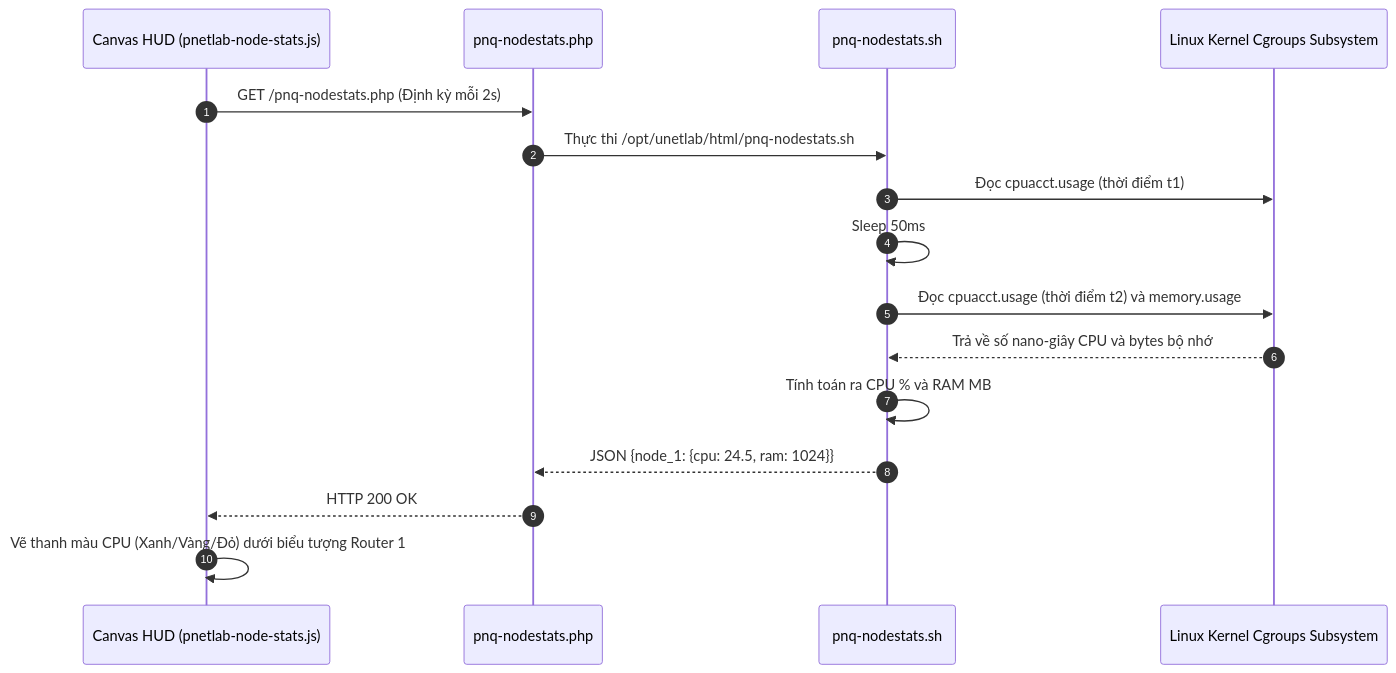
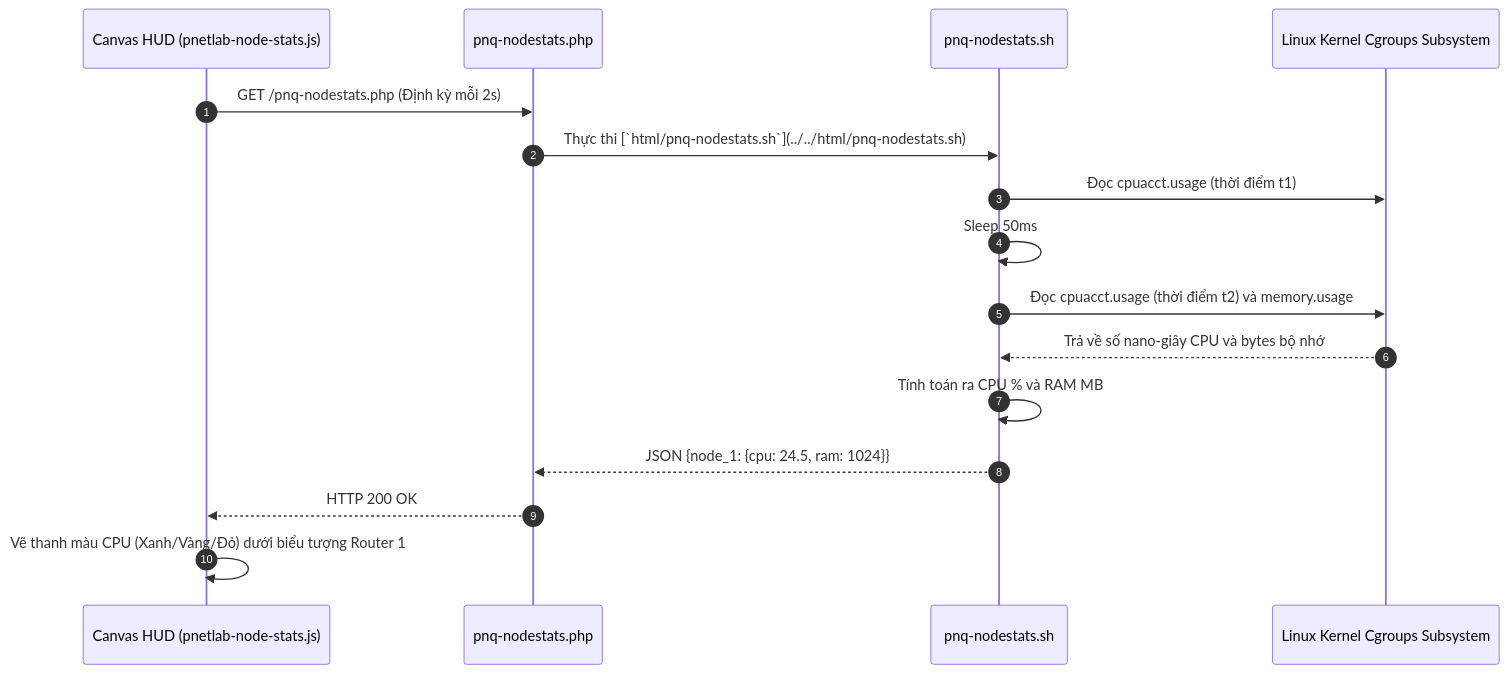
The diagram in docs/03-diagrams/f34-live-nodestats-cgroups-sequence.md (Luuxinhxinh/pnet-v8), drawn with Mermaid before and after one commit. The commit also changed 92 other files, not shown here.

````diff
--- a/docs/03-diagrams/f34-live-nodestats-cgroups-sequence.md
+++ b/docs/03-diagrams/f34-live-nodestats-cgroups-sequence.md
@@ -9,19 +9,19 @@
 ```mermaid
 sequenceDiagram
     autonumber
     participant UI as Canvas HUD (pnetlab-node-stats.js)
     participant API as pnq-nodestats.php
     participant Script as pnq-nodestats.sh
     participant Cgroups as Linux Kernel Cgroups Subsystem
 
     UI->>API: GET /pnq-nodestats.php (Định kỳ mỗi 2s)
-    API->>Script: Thực thi /opt/unetlab/html/pnq-nodestats.sh
+    API->>Script: Thực thi [`html/pnq-nodestats.sh`](../../html/pnq-nodestats.sh)
     Script->>Cgroups: Đọc cpuacct.usage (thời điểm t1)
     Script->>Script: Sleep 50ms
     Script->>Cgroups: Đọc cpuacct.usage (thời điểm t2) và memory.usage
     Cgroups-->>Script: Trả về số nano-giây CPU và bytes bộ nhớ
     Script->>Script: Tính toán ra CPU % và RAM MB
     Script-->>API: JSON {node_1: {cpu: 24.5, ram: 1024}}
     API-->>UI: HTTP 200 OK
     UI->>UI: Vẽ thanh màu CPU (Xanh/Vàng/Đỏ) dưới biểu tượng Router 1
 ```
````
